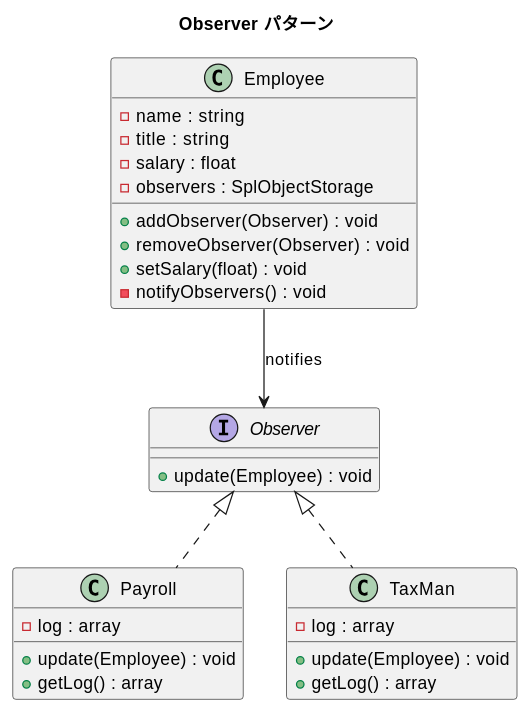
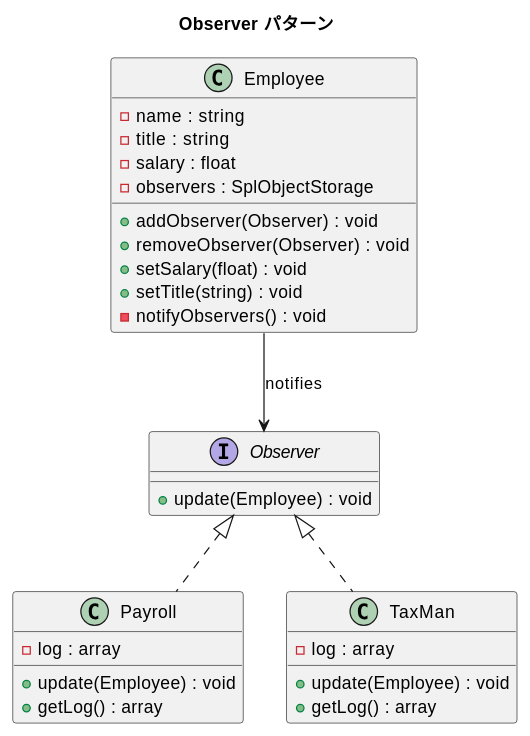
Before and after one commit to k2works/getting-started-design-pattern: the diagram in docs/article/php/06-observer.md, drawn with PlantUML. The commit also changed other lines of this file and 5 other files, not shown here.

````diff
--- a/docs/article/php/06-observer.md
+++ b/docs/article/php/06-observer.md
@@ -13,36 +13,37 @@
 ```plantuml
 @startuml
 title Observer パターン
 
 interface Observer {
   + update(Employee) : void
 }
 
 class Employee {
   - name : string
   - title : string
   - salary : float
   - observers : SplObjectStorage
   + addObserver(Observer) : void
   + removeObserver(Observer) : void
   + setSalary(float) : void
+  + setTitle(string) : void
   - notifyObservers() : void
 }
 
 class Payroll {
   - log : array
   + update(Employee) : void
   + getLog() : array
 }
 
 class TaxMan {
   - log : array
   + update(Employee) : void
   + getLog() : array
 }
 
 Employee --> Observer : notifies
 Observer <|.. Payroll
 Observer <|.. TaxMan
 @enduml
 ```
````
